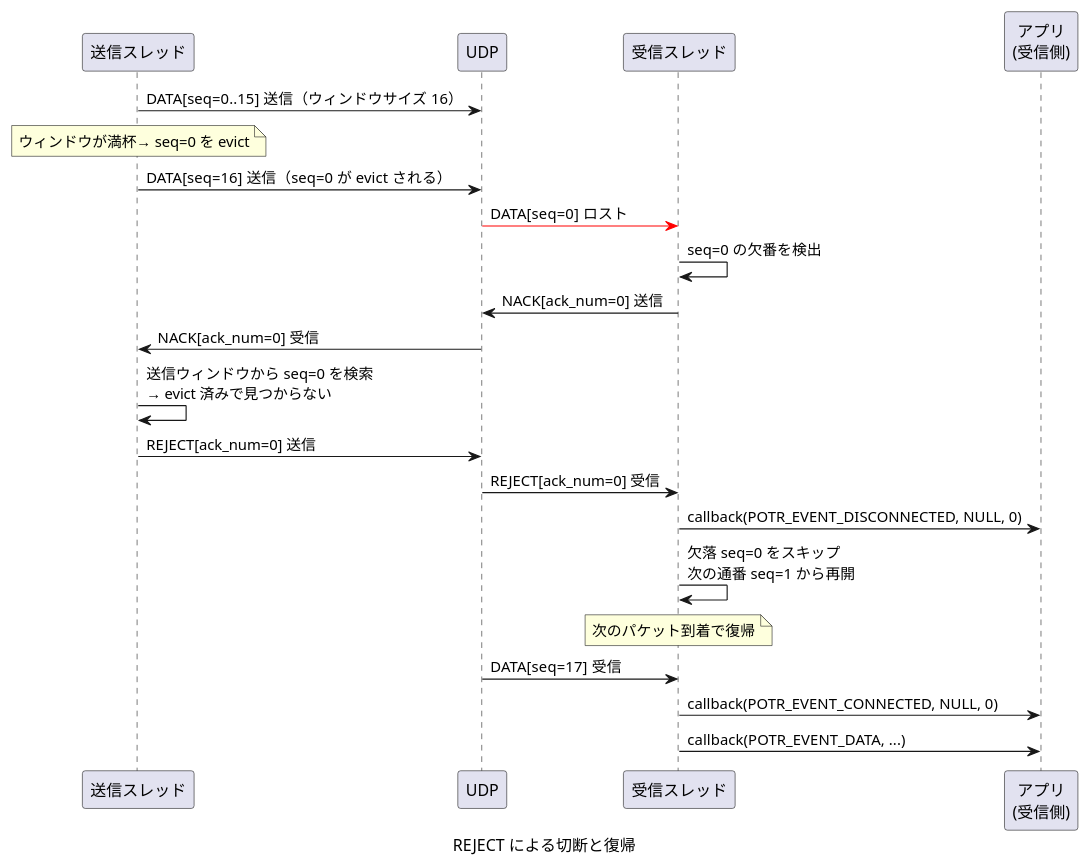
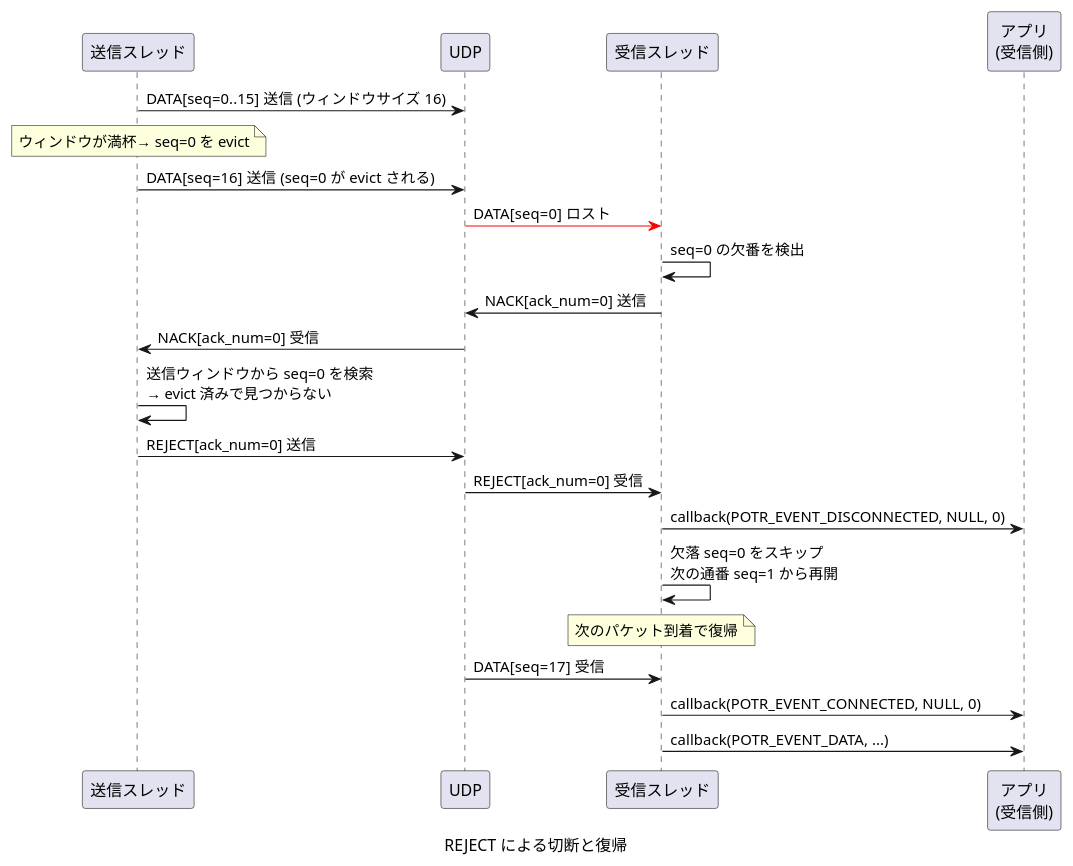
The seventh of 12 diagrams in prod/porter/docs/sequence.md (Hondarer/c-modernization-kit), drawn with PlantUML before and after one commit. The commit also changed other lines of this file and 5 other files, not shown here.

````diff
--- a/prod/porter/docs/sequence.md
+++ b/prod/porter/docs/sequence.md
@@ -234,38 +234,38 @@
 ```plantuml
 @startuml REJECT による切断と復帰
 caption REJECT による切断と復帰
 
 participant "送信スレッド" as ST
 participant "UDP" as UDP
 participant "受信スレッド" as RRT
 participant "アプリ\n(受信側)" as RAPP
 
-ST -> UDP: DATA[seq=0..15] 送信（ウィンドウサイズ 16）
+ST -> UDP: DATA[seq=0..15] 送信 (ウィンドウサイズ 16)
 
 note over ST: ウィンドウが満杯→ seq=0 を evict
 
-ST -> UDP: DATA[seq=16] 送信（seq=0 が evict される）
+ST -> UDP: DATA[seq=16] 送信 (seq=0 が evict される)
 
 UDP -[#red]> RRT: DATA[seq=0] ロスト
 
 RRT -> RRT: seq=0 の欠番を検出
 RRT -> UDP: NACK[ack_num=0] 送信
 
 UDP -> ST: NACK[ack_num=0] 受信
 ST -> ST: 送信ウィンドウから seq=0 を検索\n→ evict 済みで見つからない
 
 ST -> UDP: REJECT[ack_num=0] 送信
 
 UDP -> RRT: REJECT[ack_num=0] 受信
 
 RRT -> RAPP: callback(POTR_EVENT_DISCONNECTED, NULL, 0)
 RRT -> RRT: 欠落 seq=0 をスキップ\n次の通番 seq=1 から再開
 
 note over RRT: 次のパケット到着で復帰
 
 UDP -> RRT: DATA[seq=17] 受信
 RRT -> RAPP: callback(POTR_EVENT_CONNECTED, NULL, 0)
 RRT -> RAPP: callback(POTR_EVENT_DATA, ...)
 
 @enduml
 ```
````
